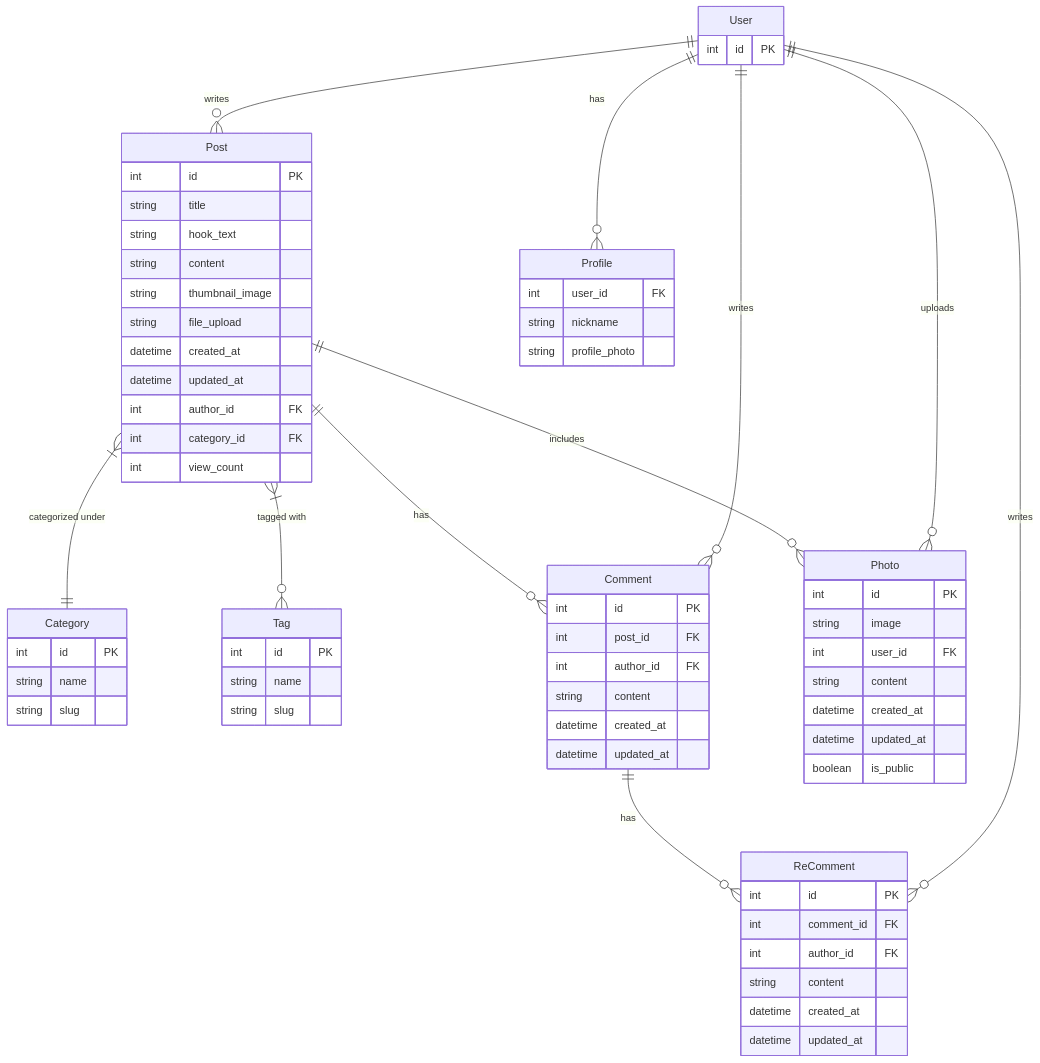
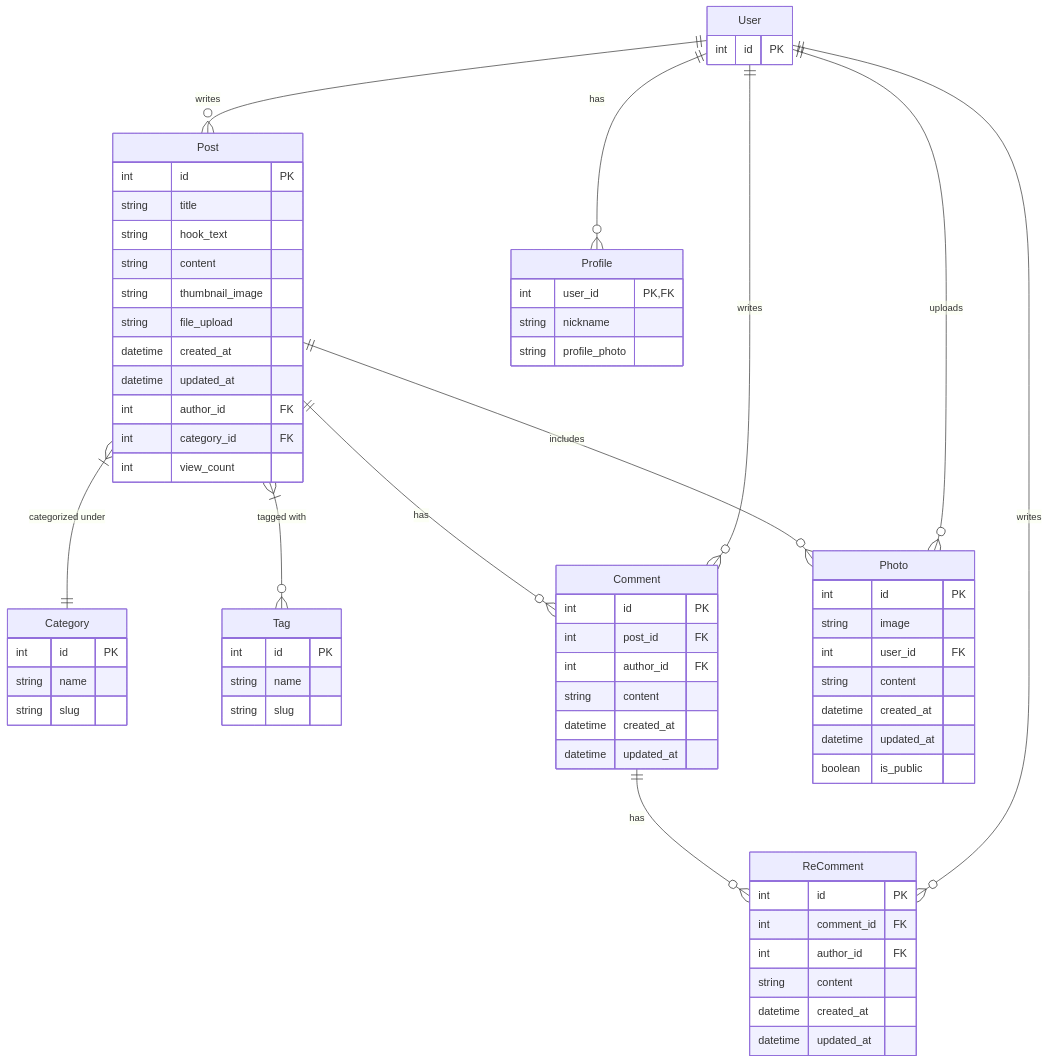
The third of 3 diagrams in README.md (JoohyungDev/movie-review-blog), drawn with Mermaid before and after one commit.

````diff
--- a/README.md
+++ b/README.md
@@ -355,71 +355,71 @@
 ```mermaid
 erDiagram
     Category {
         int id PK
         string name
         string slug
     }
     Tag {
         int id PK
         string name
         string slug
     }
     Post {
         int id PK
         string title
         string hook_text
         string content
         string thumbnail_image
         string file_upload
         datetime created_at
         datetime updated_at
         int author_id FK
         int category_id FK
         int view_count
     }
     User {
         int id PK
     }
     Comment {
         int id PK
         int post_id FK
         int author_id FK
         string content
         datetime created_at
         datetime updated_at
     }
     Profile {
-        int user_id FK
+        int user_id PK,FK
         string nickname
         string profile_photo
     }
     Photo {
         int id PK
         string image
         int user_id FK
         string content
         datetime created_at
         datetime updated_at
         boolean is_public
     }
     ReComment {
         int id PK
         int comment_id FK
         int author_id FK
         string content
         datetime created_at
         datetime updated_at
     }
 
     User ||--o{ Post : "writes"
     User ||--o{ Comment : "writes"
     User ||--o{ Profile : "has"
     User ||--o{ Photo : "uploads"
     User ||--o{ ReComment : "writes"
     Post ||--o{ Comment : "has"
     Comment ||--o{ ReComment : "has"
     Post }|--|| Category : "categorized under"
     Post }|--o{ Tag : "tagged with"
     Post ||--o{ Photo : "includes"
 
 ```
````
